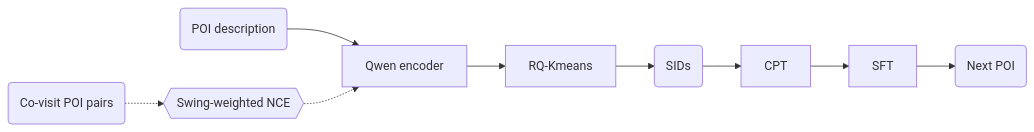
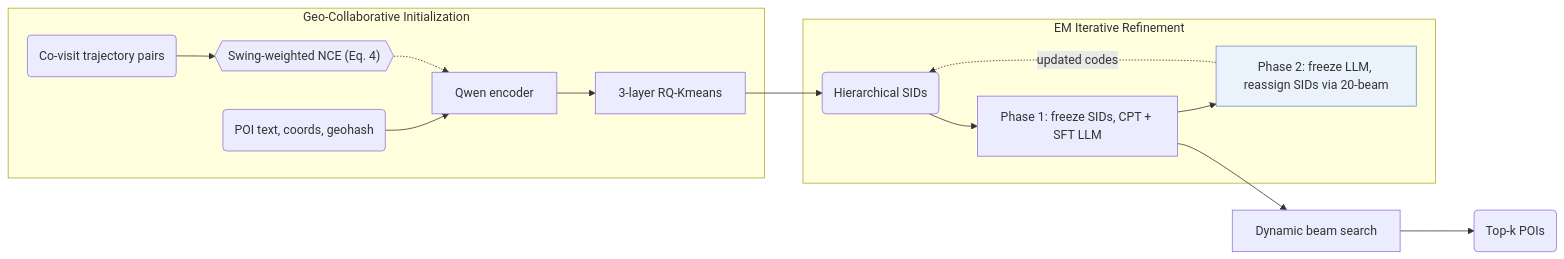
The diagram in notes/geogr.md (Galaxy-ghost/Awesome-SID-Generative-Rec), drawn with Mermaid before and after one commit. The commit also changed other lines of this file and 649 other files, not shown here.

Commit message:
writer-05: also tags and modality index (schema, check, build, visuals); summary field removed; calibration data for 12 papers

````diff
--- a/notes/geogr.md
+++ b/notes/geogr.md
@@ -14,11 +14,17 @@
 ```mermaid
 flowchart LR
-    A("POI description") --> B["Qwen encoder"]
-    C("Co-visit POI pairs") -.-> L1{{"Swing-weighted NCE"}}
-    L1 -.-> B
-    B --> D["RQ-Kmeans"]
-    D --> E("SIDs")
-    E --> F["CPT"]
-    F --> G["SFT"]
-    G --> H("Next POI")
+    subgraph Tok["Geo-Collaborative Initialization"]
+        A("POI text, coords, geohash") --> B["Qwen encoder"]
+        C("Co-visit trajectory pairs") --> L1{{"Swing-weighted NCE (Eq. 4)"}}
+        L1 -.-> B
+        B --> D["3-layer RQ-Kmeans"]
+    end
+    subgraph Loop["EM Iterative Refinement"]
+        D --> E("Hierarchical SIDs")
+        E --> P1["Phase 1: freeze SIDs, CPT + SFT LLM"]
+        P1 --> P2["Phase 2: freeze LLM, reassign SIDs via 20-beam"]:::key
+        P2 -.->|updated codes| E
+    end
+    P1 --> H["Dynamic beam search"] --> O("Top-k POIs")
+    classDef key fill:#eaf2fb,stroke:#6b8fc7
 ```
````
